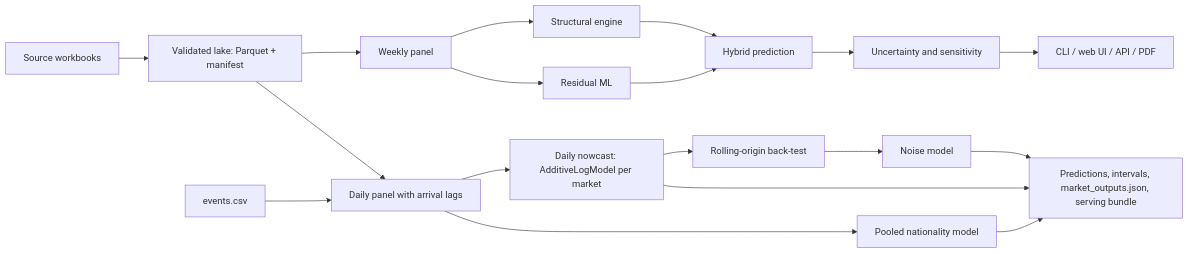
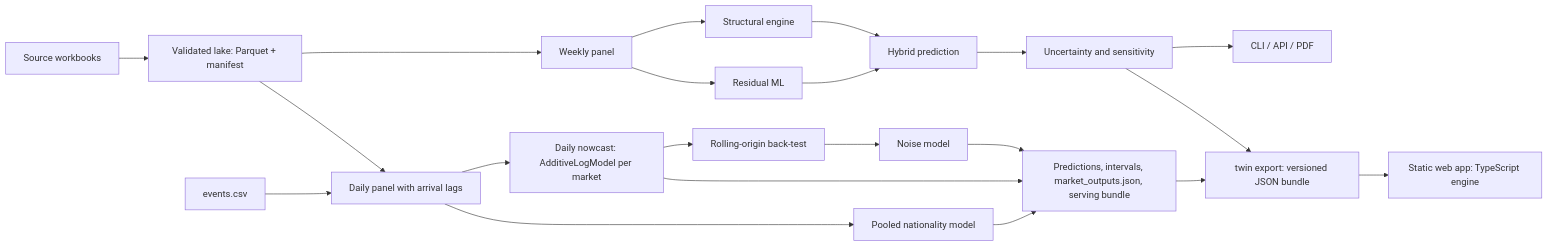
Before and after one commit to Nikhil-Mundhra/ChallengeON-Advanced-Technology-Pioneers-2026: the diagram in docs/solution_documentation.md, drawn with Mermaid. The commit also changed other lines of this file and 3 other files, not shown here.

Commit message:
Document the web app, twin export, twin validate and the server Makefile targets

````diff
--- a/docs/solution_documentation.md
+++ b/docs/solution_documentation.md
@@ -102,19 +102,21 @@
 ```mermaid
 flowchart LR
     A[Source workbooks] --> B[Validated lake: Parquet + manifest]
     B --> C[Weekly panel]
     B --> N[Daily panel with arrival lags]
     E0[events.csv] --> N
     N --> K[Daily nowcast: AdditiveLogModel per market]
     K --> BT[Rolling-origin back-test]
     BT --> NM[Noise model]
     K --> P[Predictions, intervals, market_outputs.json, serving bundle]
     N --> PN[Pooled nationality model] --> P
     NM --> P
     C --> D[Structural engine]
     C --> E[Residual ML]
     D --> F[Hybrid prediction]
     E --> F
     F --> G[Uncertainty and sensitivity]
-    G --> H[CLI / web UI / API / PDF]
+    G --> H[CLI / API / PDF]
+    P --> X[twin export: versioned JSON bundle]
+    G --> X --> W[Static web app: TypeScript engine]
 ```
````
